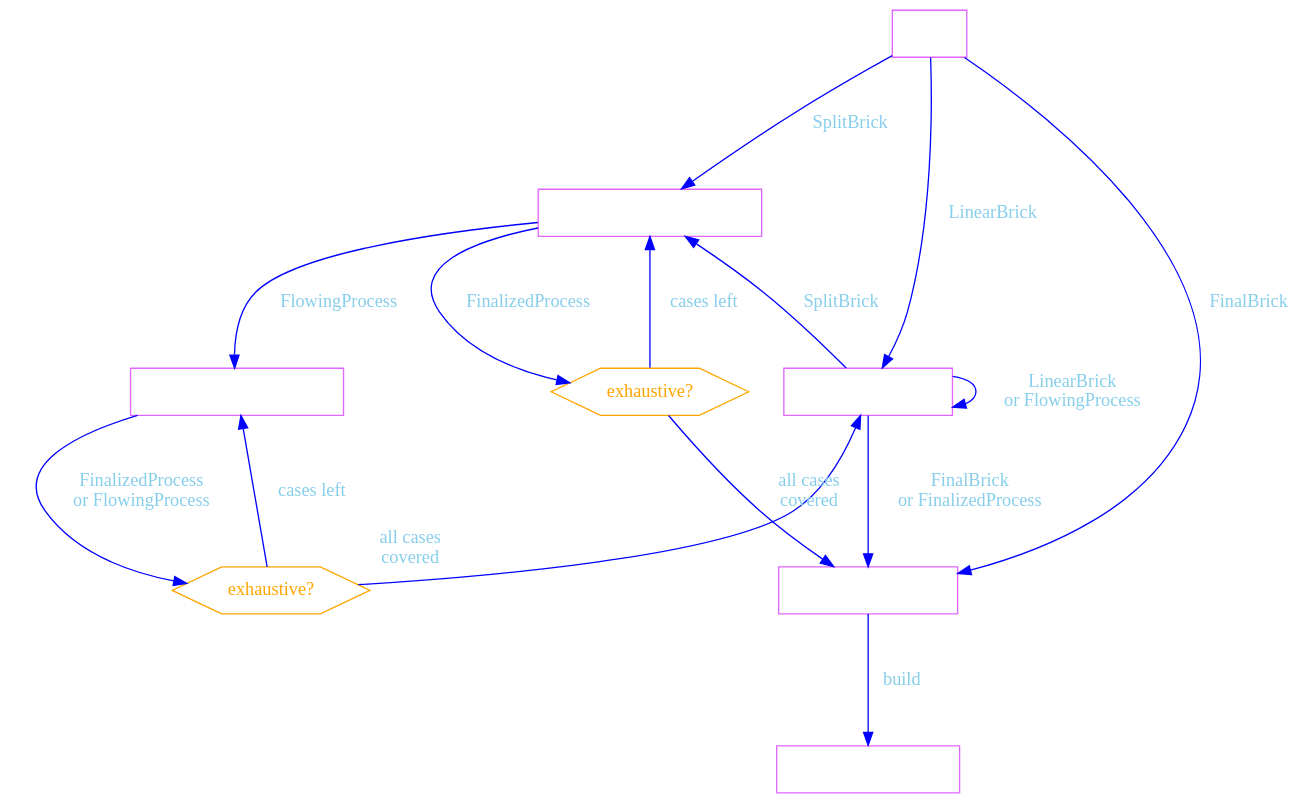
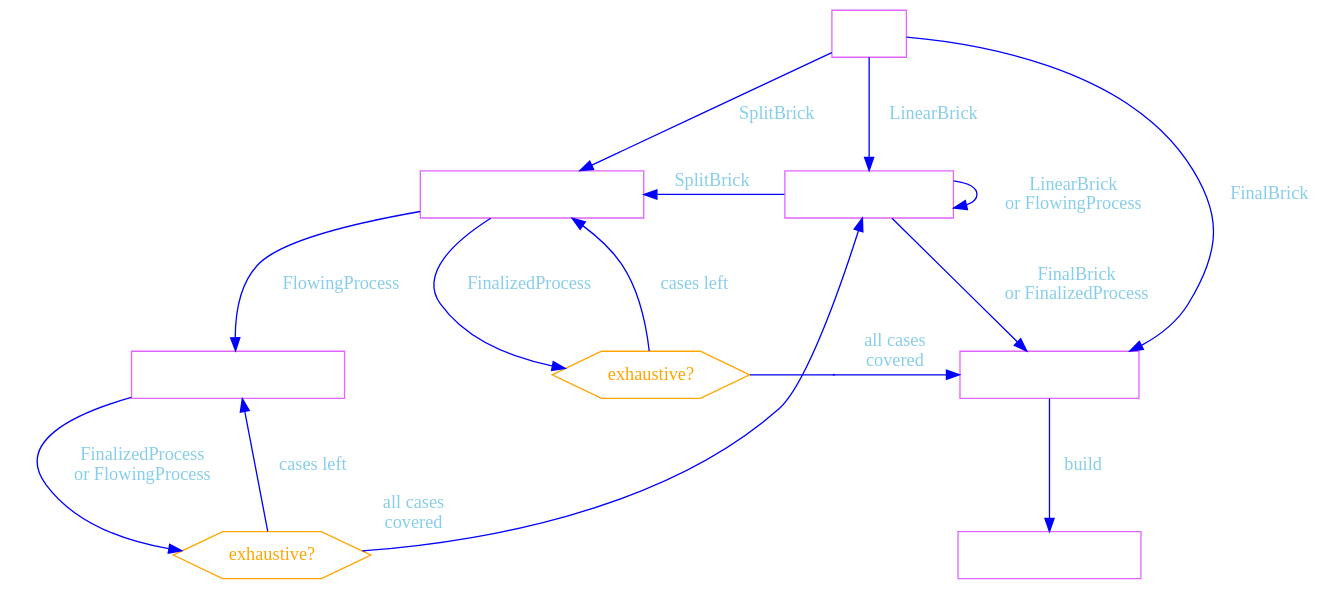
Before and after one commit to Only1Loatheb/brrricks: the diagram in type_process_builder/src/process_builder_diagram.dot, drawn with Graphviz.

```diff
--- a/type_process_builder/src/process_builder_diagram.dot
+++ b/type_process_builder/src/process_builder_diagram.dot
@@ -1,39 +1,42 @@
 digraph {
     # https://dreampuf.github.io/GraphvizOnline/
     bgcolor=transparent
-    ranksep=1.2;
+    ranksep=1;
 
     Entry [label="Entry", shape=box, color=mediumorchid1, fontcolor=white]
     End [label="RunnableProcess", shape=box, color=mediumorchid1, fontcolor=white]
     FinalizedProcess [label="FinalizedProcess", shape=box, color=mediumorchid1, fontcolor=white]
     FlowingProcess [label="FlowingProcess", shape=box, color=mediumorchid1, fontcolor=white]
 
     subgraph cluster0 {
         color = invis;
         FlowingSplitProcess [label="FlowingSplitProcess", shape=box, color=mediumorchid1, fontcolor=white]
         flowing_split_cases [label="exhaustive?", shape=hexagon, color=orange, fontcolor=orange]
     }
     subgraph cluster1 {
         color = invis;
         FinalizedSplitProcess [label="FinalizedSplitProcess", shape=box, color=mediumorchid1, fontcolor=white]
         finalized_split_cases_final [label="exhaustive?", shape=hexagon, color=orange, fontcolor=orange]
     }
 
     Entry -> FinalizedProcess [label="  FinalBrick  ", color=blue, fontcolor=skyblue]
     FinalizedProcess -> End [label="  build  ", color=blue, fontcolor=skyblue]
     Entry -> FlowingProcess [label="  LinearBrick  ", color=blue, fontcolor=skyblue]
     FlowingProcess -> FlowingProcess [label="  LinearBrick  \n  or FlowingProcess  ", color=blue, fontcolor=skyblue]
     FlowingProcess -> FinalizedProcess [label="  FinalBrick  \n  or FinalizedProcess  ", color=blue, fontcolor=skyblue]
     Entry -> FinalizedSplitProcess [label="  SplitBrick  ", color=blue, fontcolor=skyblue]
     FlowingProcess -> FinalizedSplitProcess [label="  SplitBrick  ", color=blue, fontcolor=skyblue]
 
     FinalizedSplitProcess -> finalized_split_cases_final [label="  FinalizedProcess  ", color=blue, fontcolor=skyblue]
     finalized_split_cases_final -> FinalizedSplitProcess [label="  cases left  ", color=blue, fontcolor=skyblue]
-    finalized_split_cases_final -> FinalizedProcess [label="  all cases  \n  covered  ", color=blue, fontcolor=skyblue]
+
+    x [shape=point,color=blue,width=0.01, height=0.01, label=""]
+    finalized_split_cases_final -> x [label="", color=blue, dir=none, minlen=0]
+    x -> FinalizedProcess [label="  all cases  \n  covered  ", color=blue, fontcolor=skyblue, minlen=0]
 
     FinalizedSplitProcess -> FlowingSplitProcess [label="  FlowingProcess  ", color=blue, fontcolor=skyblue]
 
     FlowingSplitProcess -> flowing_split_cases [label="  FinalizedProcess  \n  or FlowingProcess  ", color=blue, fontcolor=skyblue]
     flowing_split_cases -> FlowingSplitProcess [label="  cases left  ", color=blue, fontcolor=skyblue]
-    flowing_split_cases -> FlowingProcess [taillabel="  all cases  \n  covered  ", color=blue, fontcolor=skyblue  , labeldistance=5, labelangle=30]
+    flowing_split_cases -> FlowingProcess [taillabel="  all cases  \n  covered  ", color=blue, fontcolor=skyblue, labeldistance=5, labelangle=30]
 }
```
